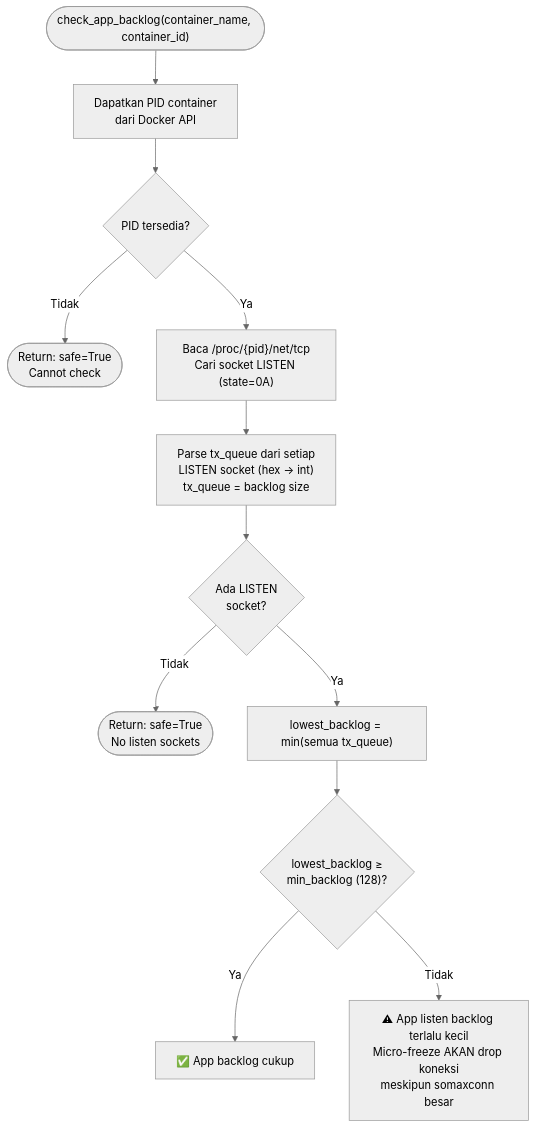
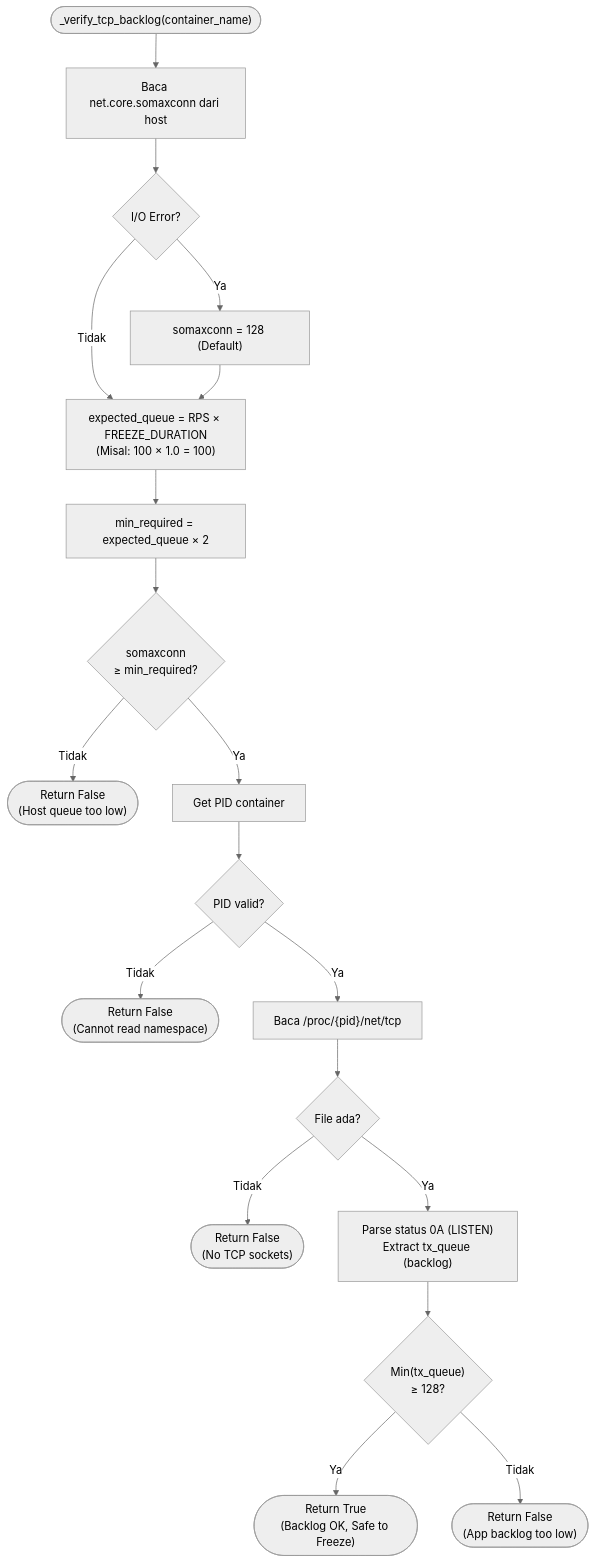
One commit to fauzanreza/green-container-framework changed the first of 3 diagrams in architecture-diagrams/layer-4-shaper/03_tcp_backlog.md. Above: the diagram before and after it, drawn with Mermaid (neutral theme). The commit also changed other lines of this file and 13 other files, not shown here.

Commit message:
edit fitur, menambahkan Architecture Diagram

````diff
--- a/architecture-diagrams/layer-4-shaper/03_tcp_backlog.md
+++ b/architecture-diagrams/layer-4-shaper/03_tcp_backlog.md
@@ -52,32 +9,51 @@
 ```mermaid
 flowchart TD
-    START2(["check_app_backlog(container_name, container_id)"])
+    START(["_verify_tcp_backlog(container_name)"])
 
-    GET_PID["Dapatkan PID container<br/>dari Docker API"]
-    PID_FAIL{"PID tersedia?"}
-    SKIP(["Return: safe=True<br/>Cannot check"])
+    READ_SYSCTL["Baca net.core.somaxconn dari host"]
+    SYSCTL_ERR{"I/O Error?"}
+    FALLBACK_SYSCTL["somaxconn = 128 (Default)"]
 
-    READ_TCP["Baca /proc/{pid}/net/tcp<br/>Cari socket LISTEN (state=0A)"]
-    PARSE["Parse tx_queue dari setiap<br/>LISTEN socket (hex → int)<br/>tx_queue = backlog size"]
+    CALC_EXPECTED["expected_queue = RPS × FREEZE_DURATION<br/>(Misal: 100 × 1.0 = 100)"]
+    CALC_MIN["min_required = expected_queue × 2"]
 
-    HAS_LISTEN{"Ada LISTEN<br/>socket?"}
-    NO_LISTEN(["Return: safe=True<br/>No listen sockets"])
+    COMPARE1{"somaxconn<br/>≥ min_required?"}
+    HOST_LOW(["Return False<br/>(Host queue too low)"])
 
-    FIND_MIN["lowest_backlog = min(semua tx_queue)"]
-    COMPARE2{"lowest_backlog ≥<br/>min_backlog (128)?"}
+    GET_PID["Get PID container"]
+    PID_ERR{"PID valid?"}
+    NO_PID(["Return False<br/>(Cannot read namespace)"])
 
-    APP_SAFE["✅ App backlog cukup"]
-    APP_LOW["⚠ App listen backlog terlalu kecil<br/>Micro-freeze AKAN drop koneksi<br/>meskipun somaxconn besar"]
+    READ_PROC["Baca /proc/{pid}/net/tcp"]
+    PROC_ERR{"File ada?"}
+    NO_PROC(["Return False<br/>(No TCP sockets)"])
 
-    START2 --> GET_PID
-    GET_PID --> PID_FAIL
-    PID_FAIL -->|Tidak| SKIP
-    PID_FAIL -->|Ya| READ_TCP
-    READ_TCP --> PARSE
-    PARSE --> HAS_LISTEN
-    HAS_LISTEN -->|Tidak| NO_LISTEN
-    HAS_LISTEN -->|Ya| FIND_MIN
-    FIND_MIN --> COMPARE2
-    COMPARE2 -->|Ya| APP_SAFE
+    PARSE["Parse status 0A (LISTEN)<br/>Extract tx_queue (backlog)"]
+
+    COMPARE2{"Min(tx_queue)<br/>≥ 128?"}
+    APP_LOW(["Return False<br/>(App backlog too low)"])
+    APP_OK(["Return True<br/>(Backlog OK, Safe to Freeze)"])
+
+    START --> READ_SYSCTL
+    READ_SYSCTL --> SYSCTL_ERR
+    SYSCTL_ERR -->|Ya| FALLBACK_SYSCTL
+    SYSCTL_ERR -->|Tidak| CALC_EXPECTED
+    FALLBACK_SYSCTL --> CALC_EXPECTED
+
+    CALC_EXPECTED --> CALC_MIN
+    CALC_MIN --> COMPARE1
+    COMPARE1 -->|Tidak| HOST_LOW
+    COMPARE1 -->|Ya| GET_PID
+
+    GET_PID --> PID_ERR
+    PID_ERR -->|Tidak| NO_PID
+    PID_ERR -->|Ya| READ_PROC
+
+    READ_PROC --> PROC_ERR
+    PROC_ERR -->|Tidak| NO_PROC
+    PROC_ERR -->|Ya| PARSE
+
+    PARSE --> COMPARE2
+    COMPARE2 -->|Ya| APP_OK
     COMPARE2 -->|Tidak| APP_LOW
 ```
````
